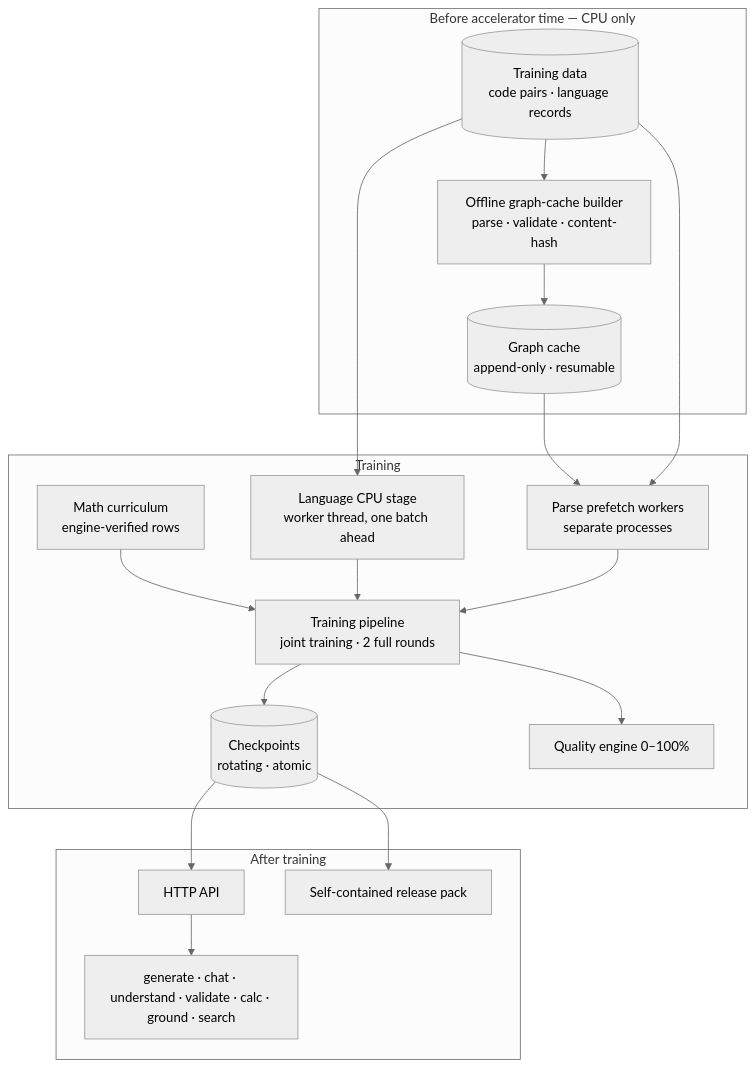
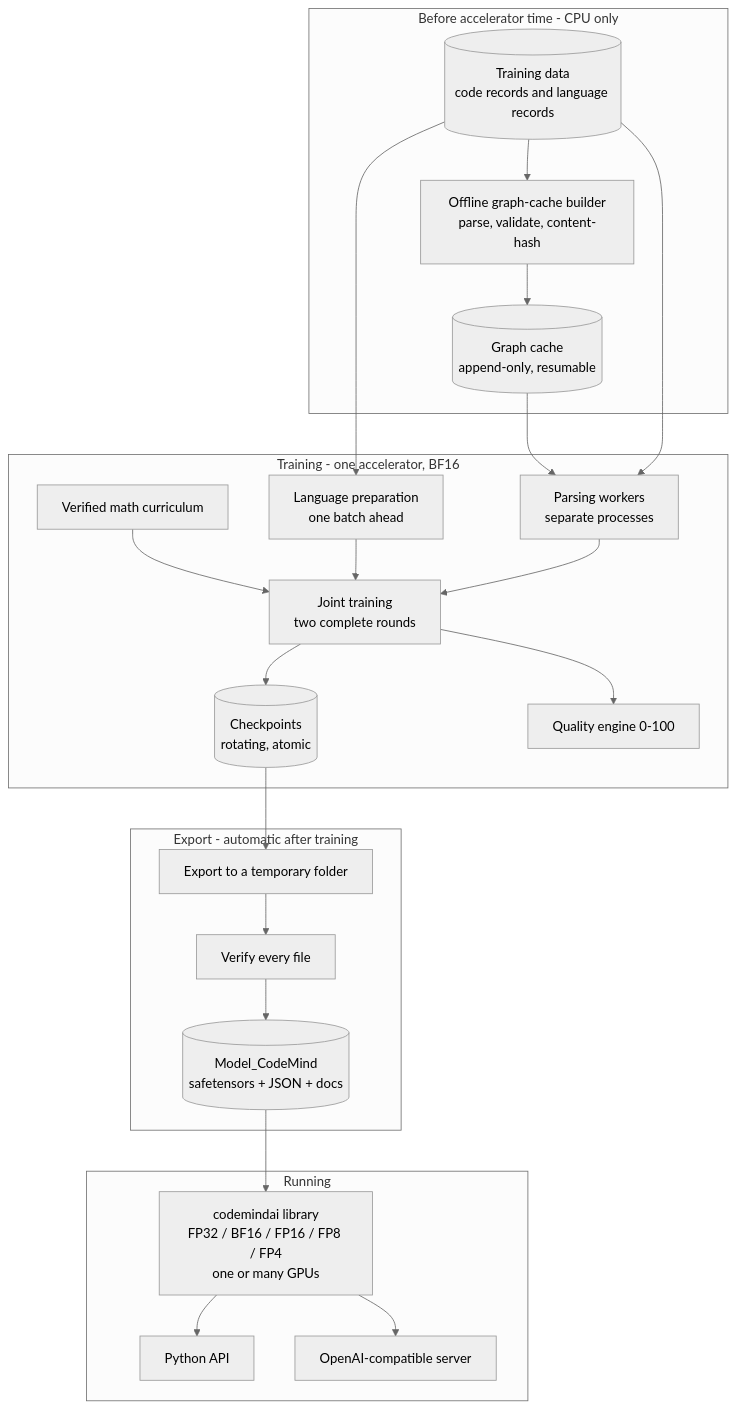
One commit to ATECTechnologies/Graph-Language-Assistant changed the second of 6 diagrams in README.md. Above: the diagram before and after it, drawn with Mermaid (neutral theme). The commit also changed other lines of this file, not shown here.

````diff
--- a/README.md
+++ b/README.md
@@ -220,22 +256,27 @@
 ```mermaid
 flowchart TB
-    subgraph PREP[Before accelerator time — CPU only]
-      D[(Training data<br/>code pairs · language records)] --> BGC[Offline graph-cache builder<br/>parse · validate · content-hash]
-      BGC --> GC[(Graph cache<br/>append-only · resumable)]
+    subgraph PREP[Before accelerator time - CPU only]
+      D[(Training data<br/>code records and language records)] --> BGC[Offline graph-cache builder<br/>parse, validate, content-hash]
+      BGC --> GC[(Graph cache<br/>append-only, resumable)]
     end
-    subgraph TRAIN[Training]
-      GC --> PF[Parse prefetch workers<br/>separate processes]
+    subgraph TRAIN[Training - one accelerator, BF16]
+      GC --> PF[Parsing workers<br/>separate processes]
       D --> PF
-      MC[Math curriculum<br/>engine-verified rows] --> PIPE
-      D --> LP[Language CPU stage<br/>worker thread, one batch ahead]
+      MC[Verified math curriculum] --> PIPE
+      D --> LP[Language preparation<br/>one batch ahead]
       LP --> PIPE
-      PF --> PIPE[Training pipeline<br/>joint training · 2 full rounds]
-      PIPE --> CK[(Checkpoints<br/>rotating · atomic)]
-      PIPE --> Q[Quality engine 0–100%]
+      PF --> PIPE[Joint training<br/>two complete rounds]
+      PIPE --> CK[(Checkpoints<br/>rotating, atomic)]
+      PIPE --> Q[Quality engine 0-100]
     end
-    subgraph SERVE[After training]
-      CK --> API[HTTP API]
-      CK --> REL[Self-contained release pack]
-      API --> GEN[generate · chat · understand · validate · calc · ground · search]
+    subgraph REL[Export - automatic after training]
+      CK --> EX[Export to a temporary folder]
+      EX --> VF[Verify every file]
+      VF --> MF[(Model_CodeMind<br/>safetensors + JSON + docs)]
+    end
+    subgraph RUN[Running]
+      MF --> LIB[codemindai library<br/>FP32 / BF16 / FP16 / FP8 / FP4<br/>one or many GPUs]
+      LIB --> PY[Python API]
+      LIB --> SRV[OpenAI-compatible server]
     end
 ```
````
